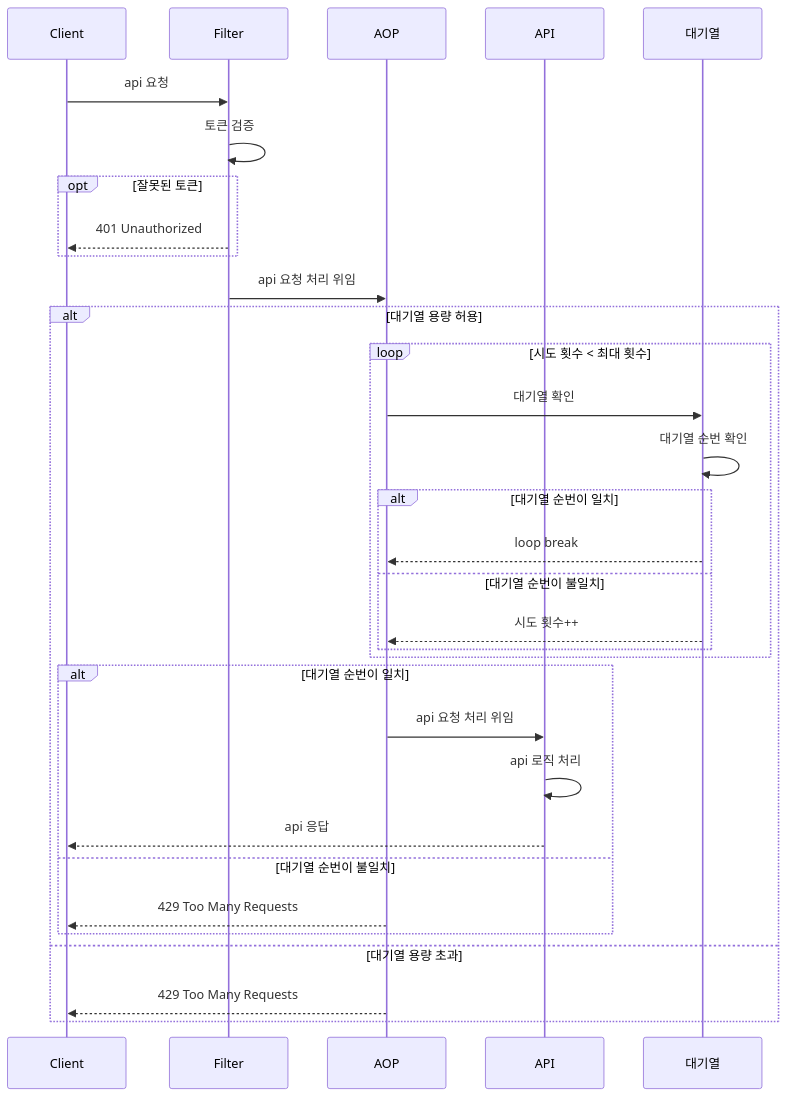
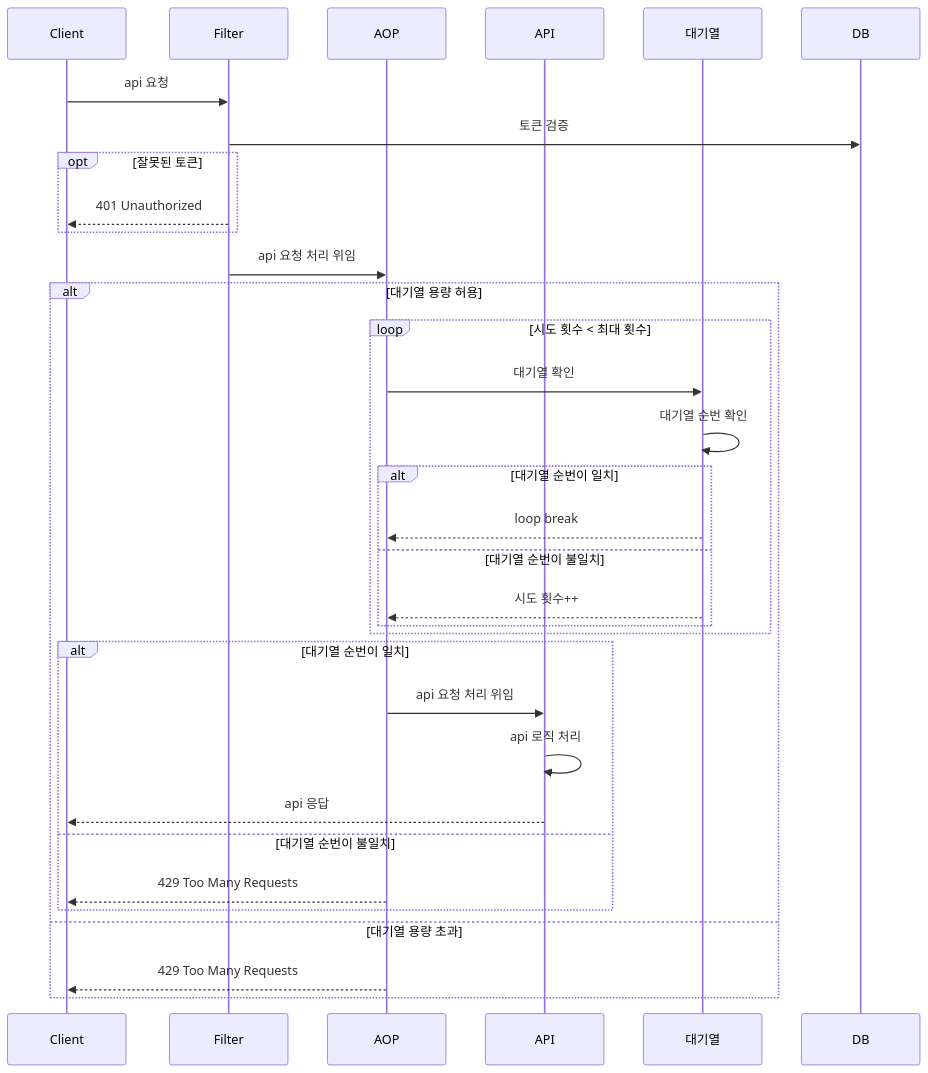
Before and after one commit to wanniDev/ticket: the first of 4 diagrams in README.MD, drawn with Mermaid. The commit also changed other lines of this file, not shown here.

Commit message:
Document: 결제 api 시퀀스 다이어그램 작성

````diff
--- a/README.MD
+++ b/README.MD
@@ -19,34 +19,34 @@
 ```mermaid
 sequenceDiagram
     participant C as Client
     participant F as Filter
     participant AO as AOP
     participant A as API
     participant Q as 대기열
     C->>F: api 요청
-    F->>F: 토큰 검증
+    F->>DB: 토큰 검증
     opt 잘못된 토큰
         F-->>C: 401 Unauthorized
     end
     F->>AO: api 요청 처리 위임
     alt 대기열 용량 허용
       loop 시도 횟수 < 최대 횟수
         AO->>Q: 대기열 확인
         Q->>Q: 대기열 순번 확인
         alt 대기열 순번이 일치
           Q-->>AO: loop break
         else 대기열 순번이 불일치
           Q-->>AO: 시도 횟수++
         end
       end
       alt 대기열 순번이 일치
         AO->>A: api 요청 처리 위임
         A->>A: api 로직 처리
         A-->>C: api 응답
       else 대기열 순번이 불일치
         AO-->>C: 429 Too Many Requests
       end
     else 대기열 용량 초과
         AO-->>C: 429 Too Many Requests
     end
 ```
````
